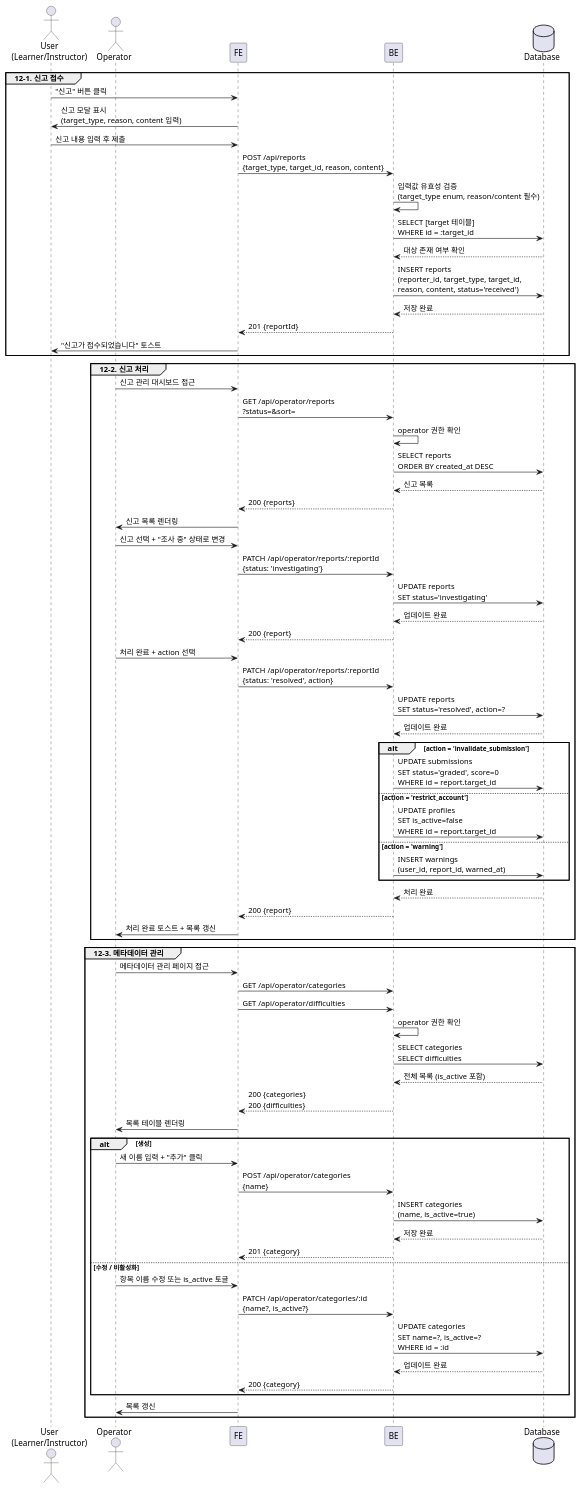
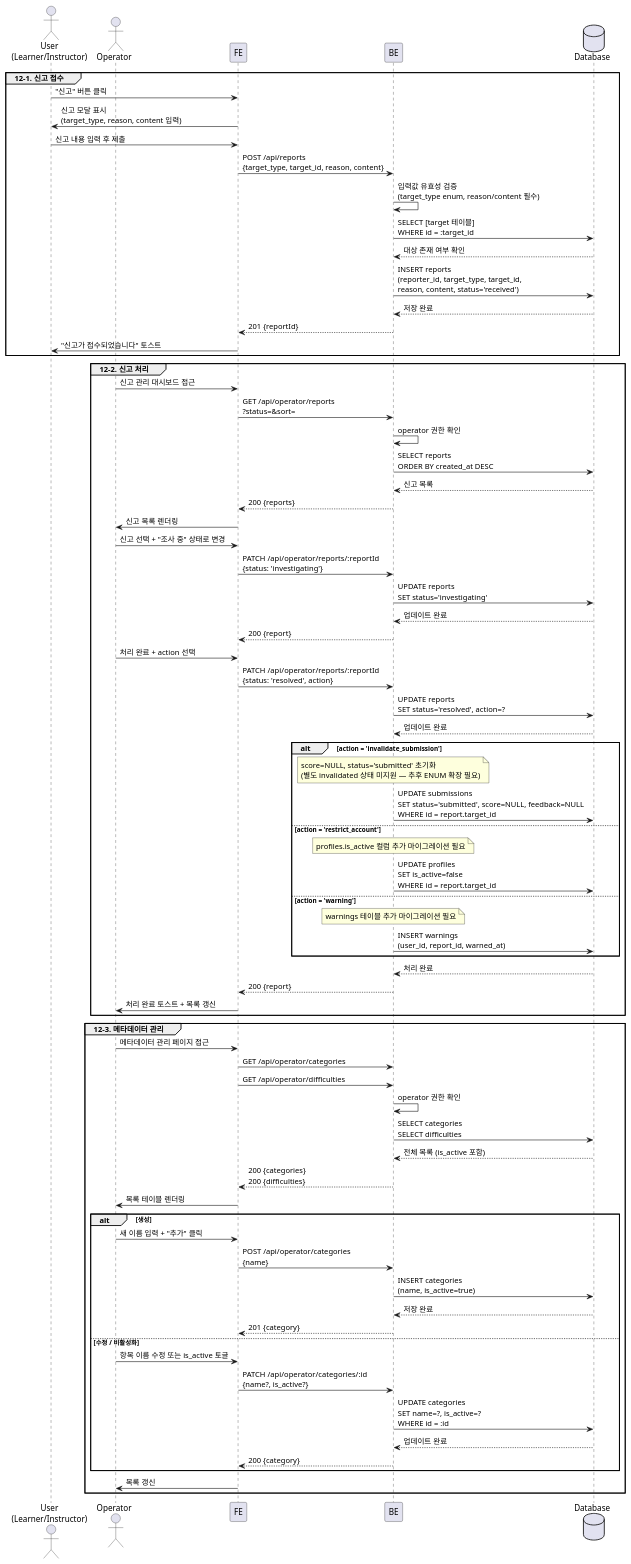
The diagram in docs/012/spec.md (greatson79/test1_lms), drawn with PlantUML before and after one commit. The commit also changed other lines of this file and 3 other files, not shown here.

```diff
--- a/docs/012/spec.md
+++ b/docs/012/spec.md
@@ -166,10 +171,13 @@
   Database --> BE: 업데이트 완료
 
   alt action = 'invalidate_submission'
-    BE -> Database: UPDATE submissions\nSET status='graded', score=0\nWHERE id = report.target_id
+    note over BE: score=NULL, status='submitted' 초기화\n(별도 invalidated 상태 미지원 — 추후 ENUM 확장 필요)
+    BE -> Database: UPDATE submissions\nSET status='submitted', score=NULL, feedback=NULL\nWHERE id = report.target_id
   else action = 'restrict_account'
+    note over BE: profiles.is_active 컬럼 추가 마이그레이션 필요
     BE -> Database: UPDATE profiles\nSET is_active=false\nWHERE id = report.target_id
   else action = 'warning'
+    note over BE: warnings 테이블 추가 마이그레이션 필요
     BE -> Database: INSERT warnings\n(user_id, report_id, warned_at)
   end
 
```
